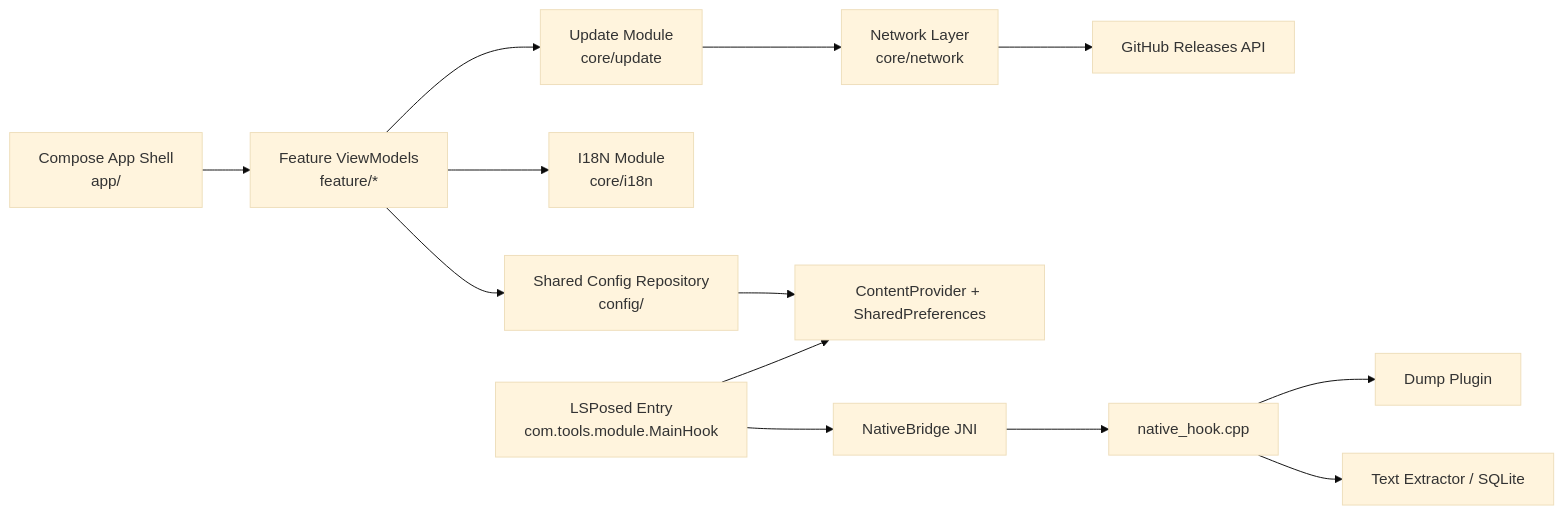
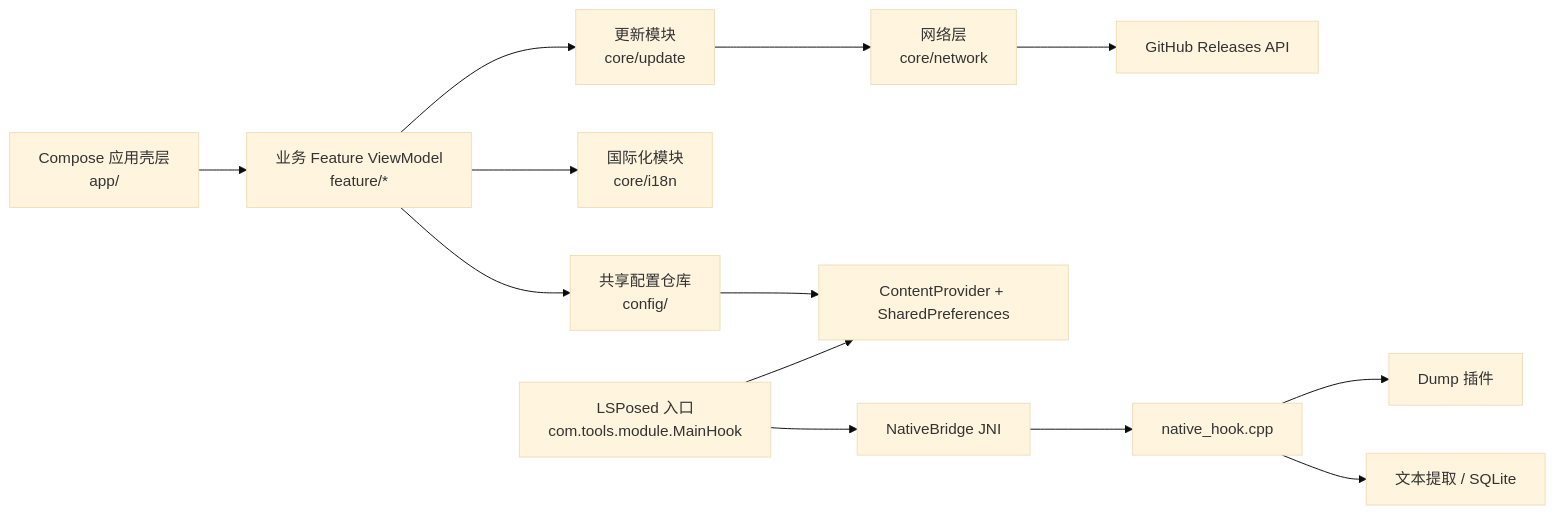
Before and after one commit to Coconutat/il2Fusion-test: the first of 2 diagrams in README.md, drawn with Mermaid (base theme). The commit also changed other lines of this file and 2 other files, not shown here.

````diff
--- a/README.md
+++ b/README.md
@@ -20,15 +20,15 @@
 ```mermaid
 flowchart LR
-    A["Compose App Shell<br/>app/"] --> B["Feature ViewModels<br/>feature/*"]
-    B --> C["Shared Config Repository<br/>config/"]
-    B --> D["I18N Module<br/>core/i18n"]
-    B --> E["Update Module<br/>core/update"]
-    E --> F["Network Layer<br/>core/network"]
+    A["Compose 应用壳层<br/>app/"] --> B["业务 Feature ViewModel<br/>feature/*"]
+    B --> C["共享配置仓库<br/>config/"]
+    B --> D["国际化模块<br/>core/i18n"]
+    B --> E["更新模块<br/>core/update"]
+    E --> F["网络层<br/>core/network"]
     F --> G["GitHub Releases API"]
     C --> H["ContentProvider + SharedPreferences"]
-    I["LSPosed Entry<br/>com.tools.module.MainHook"] --> H
+    I["LSPosed 入口<br/>com.tools.module.MainHook"] --> H
     I --> J["NativeBridge JNI"]
     J --> K["native_hook.cpp"]
-    K --> L["Dump Plugin"]
-    K --> M["Text Extractor / SQLite"]
+    K --> L["Dump 插件"]
+    K --> M["文本提取 / SQLite"]
 ```
````
